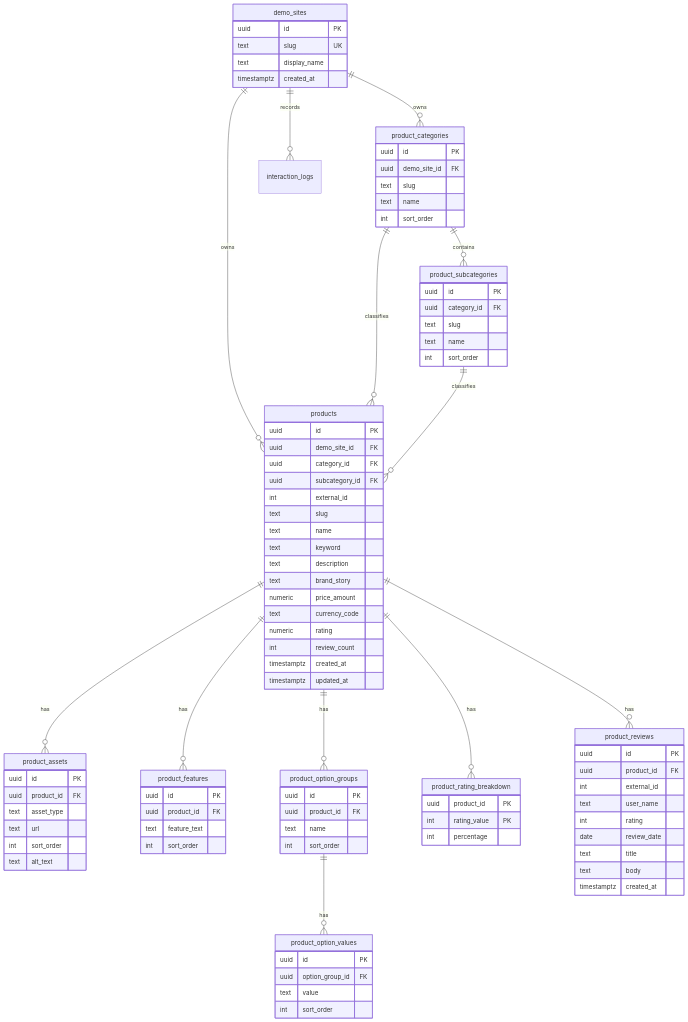
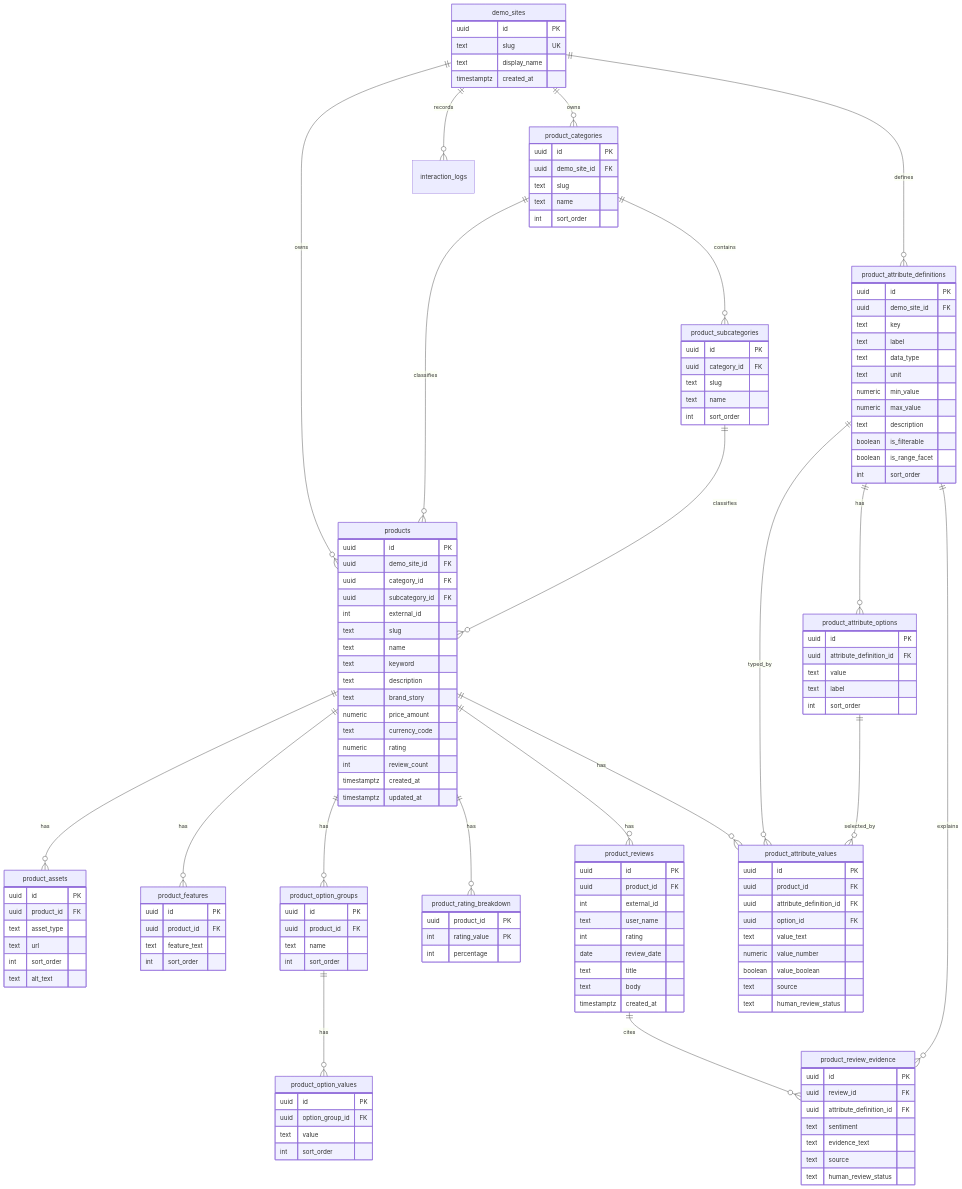
One commit to YJ-Jang01/HAI changed the diagram in backend/api-docs/amazon-demo-api.md. Above: the diagram before and after it, drawn with Mermaid. The commit also changed other lines of this file and 13 other files, not shown here.

````diff
--- a/backend/api-docs/amazon-demo-api.md
+++ b/backend/api-docs/amazon-demo-api.md
@@ -41,6 +43,13 @@
   product_option_groups ||--o{ product_option_values : has
   products ||--o{ product_rating_breakdown : has
   products ||--o{ product_reviews : has
+  demo_sites ||--o{ product_attribute_definitions : defines
+  product_attribute_definitions ||--o{ product_attribute_options : has
+  products ||--o{ product_attribute_values : has
+  product_attribute_definitions ||--o{ product_attribute_values : typed_by
+  product_attribute_options ||--o{ product_attribute_values : selected_by
+  product_reviews ||--o{ product_review_evidence : cites
+  product_attribute_definitions ||--o{ product_review_evidence : explains
 
   demo_sites {
     uuid id PK
@@ -131,4 +140,49 @@
     text body
     timestamptz created_at
   }
+
+  product_attribute_definitions {
+    uuid id PK
+    uuid demo_site_id FK
+    text key
+    text label
+    text data_type
+    text unit
+    numeric min_value
+    numeric max_value
+    text description
+    boolean is_filterable
+    boolean is_range_facet
+    int sort_order
+  }
+
+  product_attribute_options {
+    uuid id PK
+    uuid attribute_definition_id FK
+    text value
+    text label
+    int sort_order
+  }
+
+  product_attribute_values {
+    uuid id PK
+    uuid product_id FK
+    uuid attribute_definition_id FK
+    uuid option_id FK
+    text value_text
+    numeric value_number
+    boolean value_boolean
+    text source
+    text human_review_status
+  }
+
+  product_review_evidence {
+    uuid id PK
+    uuid review_id FK
+    uuid attribute_definition_id FK
+    text sentiment
+    text evidence_text
+    text source
+    text human_review_status
+  }
 ```
````
